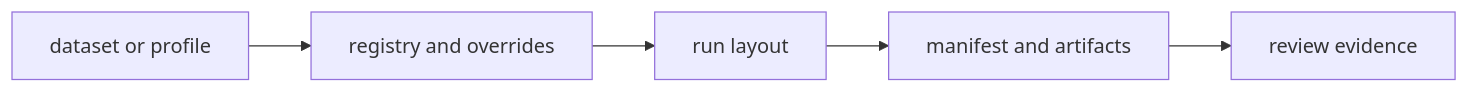
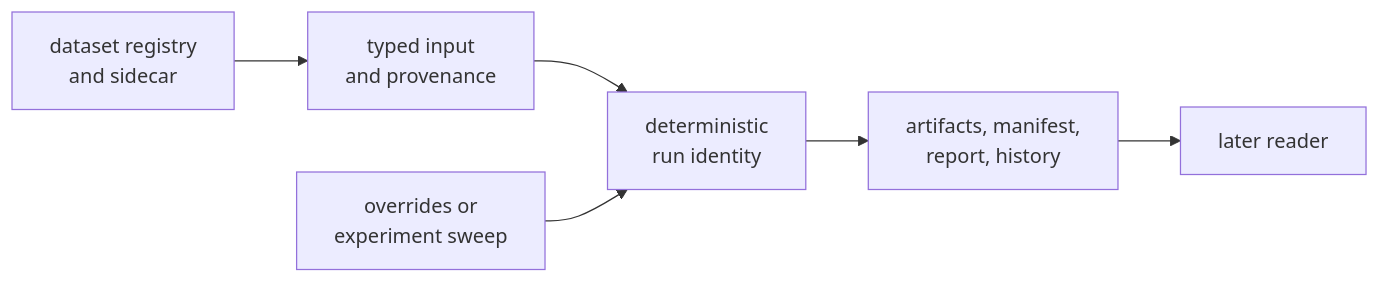
Before and after one commit to bijux/bijux-telecom: the diagram in crates/bijux-gnss-infra/README.md, drawn with Mermaid. The commit also changed other lines of this file and 1 other file, not shown here.

Commit message:
docs(infra): separate product runs from maintenance evidence

````diff
--- a/crates/bijux-gnss-infra/README.md
+++ b/crates/bijux-gnss-infra/README.md
@@ -55,13 +23,14 @@
 ```mermaid
 flowchart LR
-    input["dataset or profile"]
-    registry["registry and overrides"]
-    run["run layout"]
-    artifact["manifest and artifacts"]
-    review["review evidence"]
+    registry["dataset registry<br/>and sidecar"]
+    resolved["typed input<br/>and provenance"]
+    variation["overrides or<br/>experiment sweep"]
+    context["deterministic<br/>run identity"]
+    output["artifacts, manifest,<br/>report, history"]
+    reviewer["later reader"]
 
-    input --> registry
-    registry --> run
-    run --> artifact
-    artifact --> review
+    registry --> resolved
+    resolved --> context
+    variation --> context
+    context --> output --> reviewer
 ```
````
